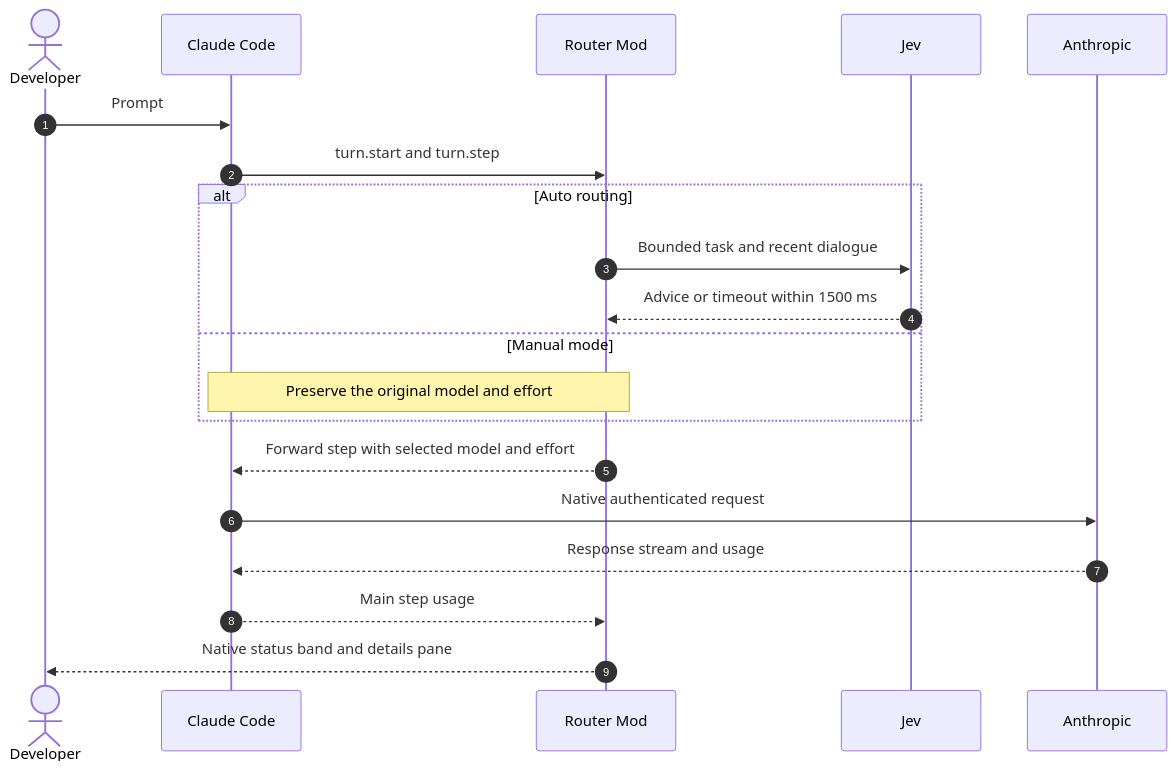
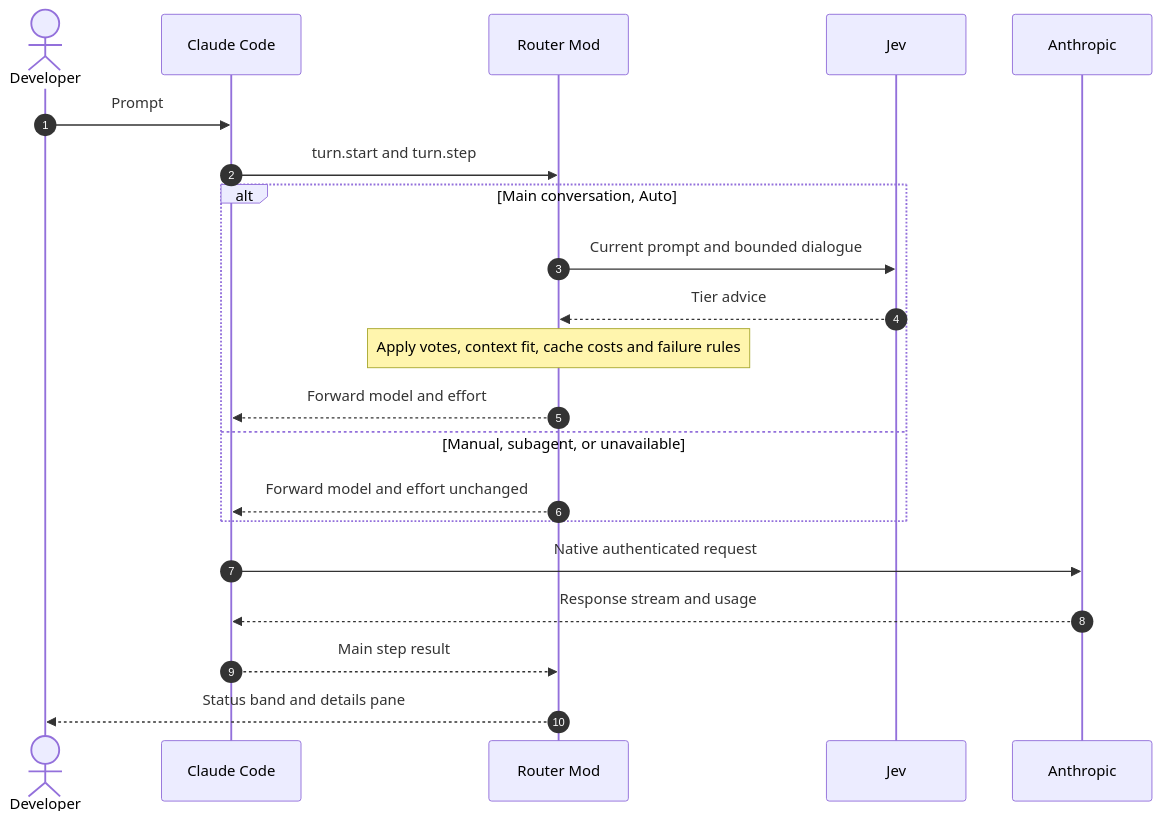
Before and after one commit to alexei-led/claude-router: the diagram in docs/architecture.md, drawn with Mermaid. The commit also changed other lines of this file and 76 other files, not shown here.

````diff
--- a/docs/architecture.md
+++ b/docs/architecture.md
@@ -9,22 +7,23 @@
 ```mermaid
 sequenceDiagram
     autonumber
     actor Dev as Developer
     participant Code as Claude Code
     participant Mod as Router Mod
     participant Jev
     participant API as Anthropic
     Dev->>Code: Prompt
     Code->>Mod: turn.start and turn.step
-    alt Auto routing
-        Mod->>Jev: Bounded task and recent dialogue
-        Jev-->>Mod: Advice or timeout within 1500 ms
-    else Manual mode
-        Note over Code,Mod: Preserve the original model and effort
+    alt Main conversation, Auto
+        Mod->>Jev: Current prompt and bounded dialogue
+        Jev-->>Mod: Tier advice
+        Note over Mod: Apply votes, context fit, cache costs and failure rules
+        Mod-->>Code: Forward model and effort
+    else Manual, subagent, or unavailable
+        Mod-->>Code: Forward model and effort unchanged
     end
-    Mod-->>Code: Forward step with selected model and effort
     Code->>API: Native authenticated request
     API-->>Code: Response stream and usage
-    Code-->>Mod: Main step usage
-    Mod-->>Dev: Native status band and details pane
+    Code-->>Mod: Main step result
+    Mod-->>Dev: Status band and details pane
 ```
````
